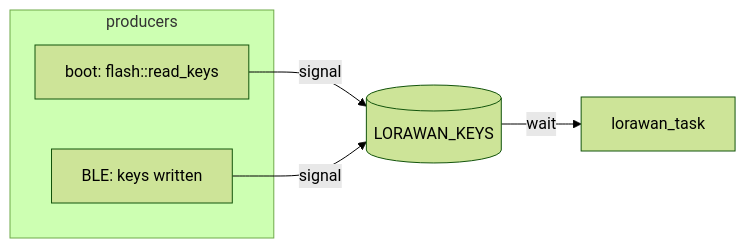
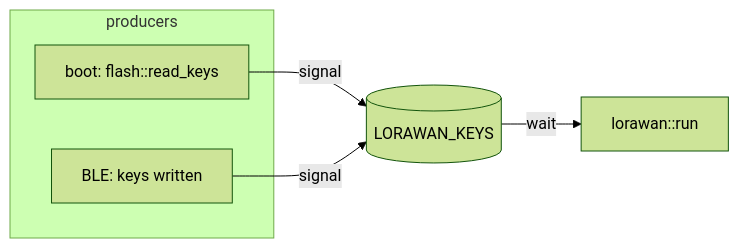
Before and after one commit to ponix-dev/flow_controller: the second of 2 diagrams in docs/startup.md, drawn with Mermaid (forest theme). The commit also changed other lines of this file and 5 other files, not shown here.

````diff
--- a/docs/startup.md
+++ b/docs/startup.md
@@ -58,10 +58,10 @@
 ```mermaid
 flowchart LR
     subgraph producers
       A[boot: flash::read_keys]
       B[BLE: keys written]
     end
     A -->|signal| S[(LORAWAN_KEYS)]
     B -->|signal| S
-    S -->|wait| C[lorawan_task]
+    S -->|wait| C[lorawan::run]
 ```
````
